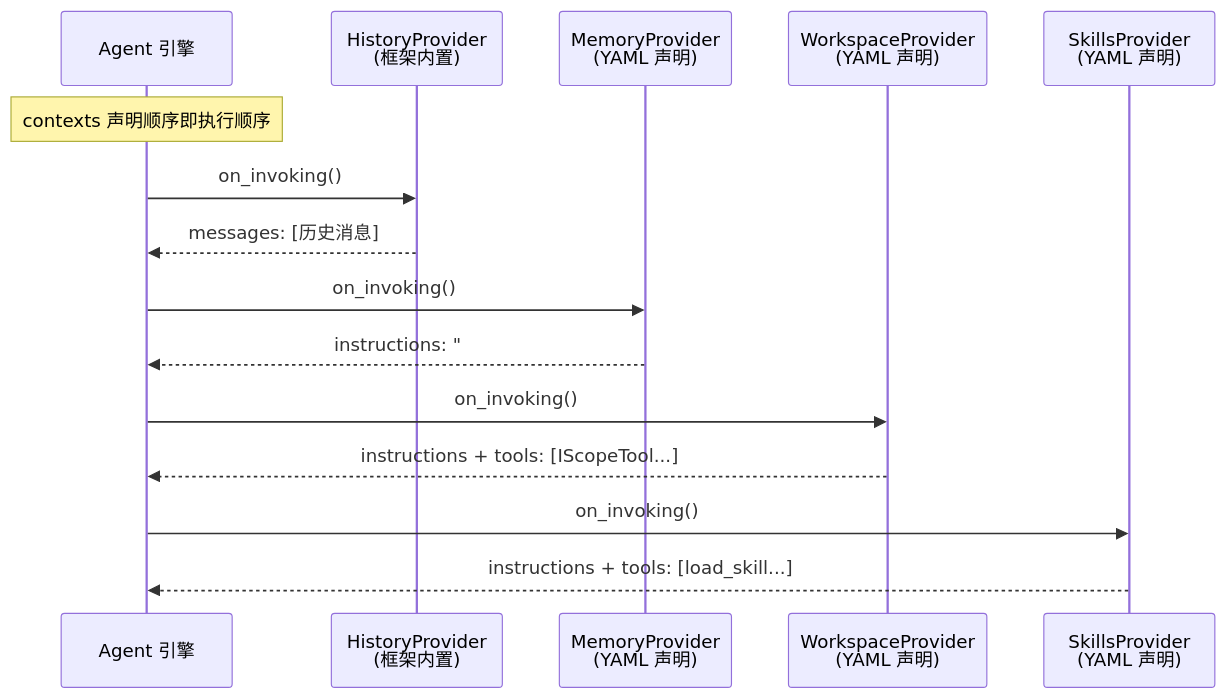
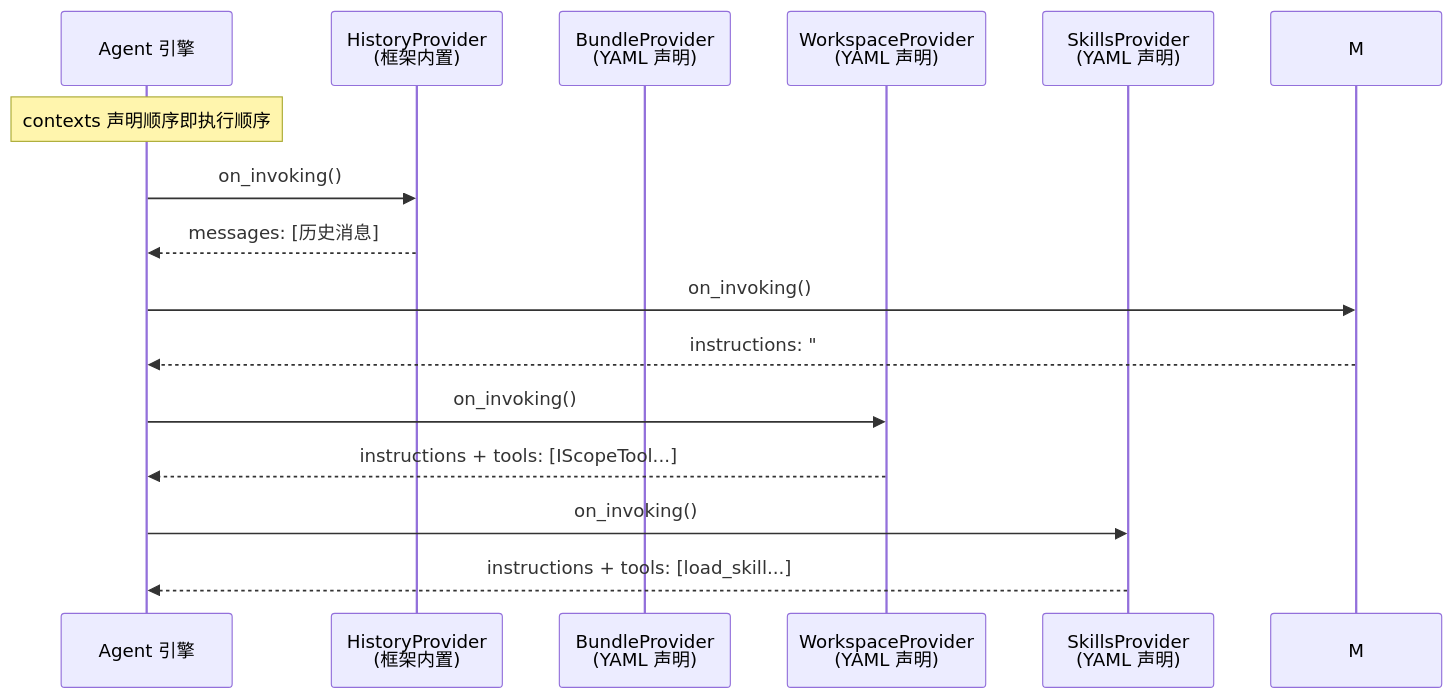
One commit to Rust-Framework/rust-agent-framework changed the second of 2 diagrams in docs/10-macros-declarative/integration-patterns.md. Above: the diagram before and after it, drawn with Mermaid. The commit also changed other lines of this file and 133 other files, not shown here.

````diff
--- a/docs/10-macros-declarative/integration-patterns.md
+++ b/docs/10-macros-declarative/integration-patterns.md
@@ -201,18 +226,18 @@
 ```mermaid
 sequenceDiagram
     participant Engine as Agent 引擎
     participant H as HistoryProvider<br/>(框架内置)
-    participant M as MemoryProvider<br/>(YAML 声明)
+    participant B as BundleProvider<br/>(YAML 声明)
     participant W as WorkspaceProvider<br/>(YAML 声明)
     participant S as SkillsProvider<br/>(YAML 声明)
 
     Note over Engine: contexts 声明顺序即执行顺序
     Engine->>H: on_invoking()
     H-->>Engine: messages: [历史消息]
     Engine->>M: on_invoking()
     M-->>Engine: instructions: "## 记忆摘要..."
     Engine->>W: on_invoking()
     W-->>Engine: instructions + tools: [IScopeTool...]
     Engine->>S: on_invoking()
     S-->>Engine: instructions + tools: [load_skill...]
 ```
````
